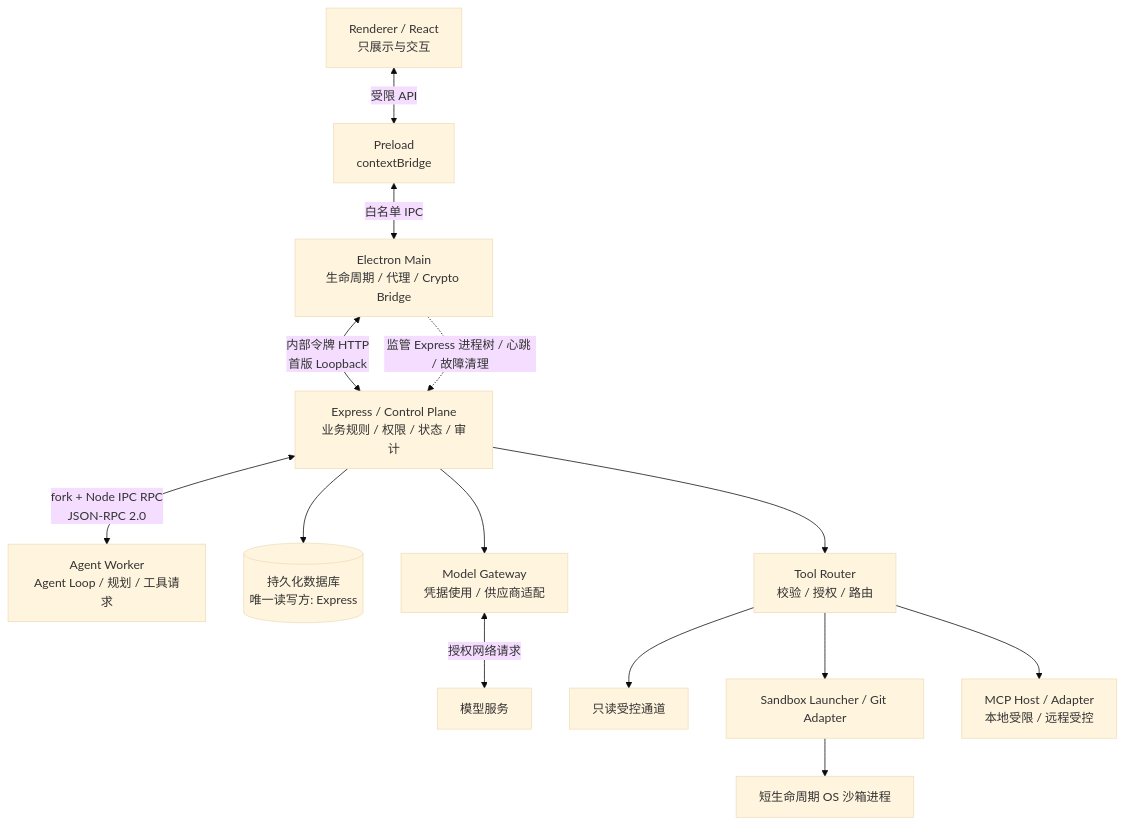
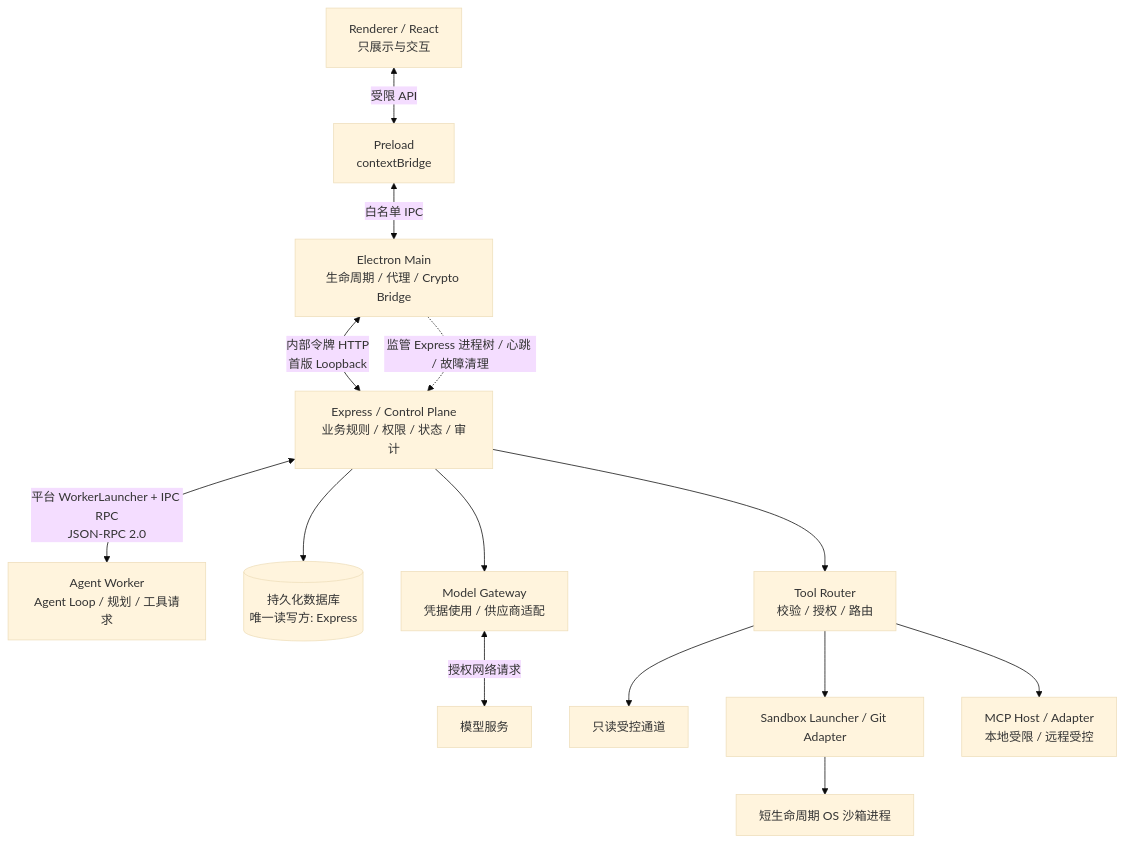
One commit to JaxLim/OperationAgent changed the diagram in ARCHITECTURE.md. Above: the diagram before and after it, drawn with Mermaid (base theme). The commit also changed other lines of this file and 8 other files, not shown here.

Commit message:
docs(p0): apply approved ADR-WIN-001 and verify architecture freeze

````diff
--- a/ARCHITECTURE.md
+++ b/ARCHITECTURE.md
@@ -47,16 +47,16 @@
 ```mermaid
 flowchart TD
     UI[Renderer / React\n只展示与交互] <-->|受限 API| PRE[Preload\ncontextBridge]
     PRE <-->|白名单 IPC| MAIN[Electron Main\n生命周期 / 代理 / Crypto Bridge]
     MAIN <-->|内部令牌 HTTP\n首版 Loopback| API[Express / Control Plane\n业务规则 / 权限 / 状态 / 审计]
     MAIN -. 监管 Express 进程树 / 心跳 / 故障清理 .-> API
-    API <-->|fork + Node IPC RPC\nJSON-RPC 2.0| AGENT[Agent Worker\nAgent Loop / 规划 / 工具请求]
+    API <-->|平台 WorkerLauncher + IPC RPC\nJSON-RPC 2.0| AGENT[Agent Worker\nAgent Loop / 规划 / 工具请求]
     API --> STORE[(持久化数据库\n唯一读写方: Express)]
     API --> GATE[Model Gateway\n凭据使用 / 供应商适配]
     GATE <-->|授权网络请求| LLM[模型服务]
     API --> ROUTER[Tool Router\n校验 / 授权 / 路由]
     ROUTER --> READ[只读受控通道]
     ROUTER --> LAUNCH[Sandbox Launcher / Git Adapter]
     LAUNCH --> SHORT[短生命周期 OS 沙箱进程]
     ROUTER --> MCP[MCP Host / Adapter\n本地受限 / 远程受控]
 ```
````
